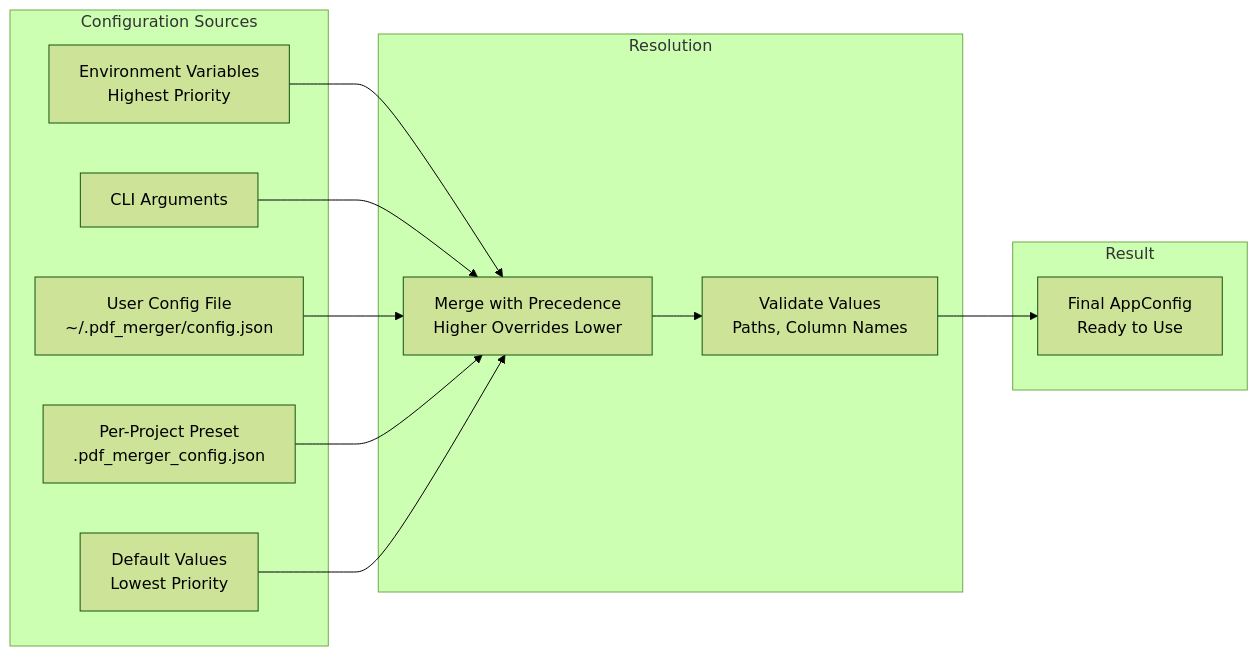
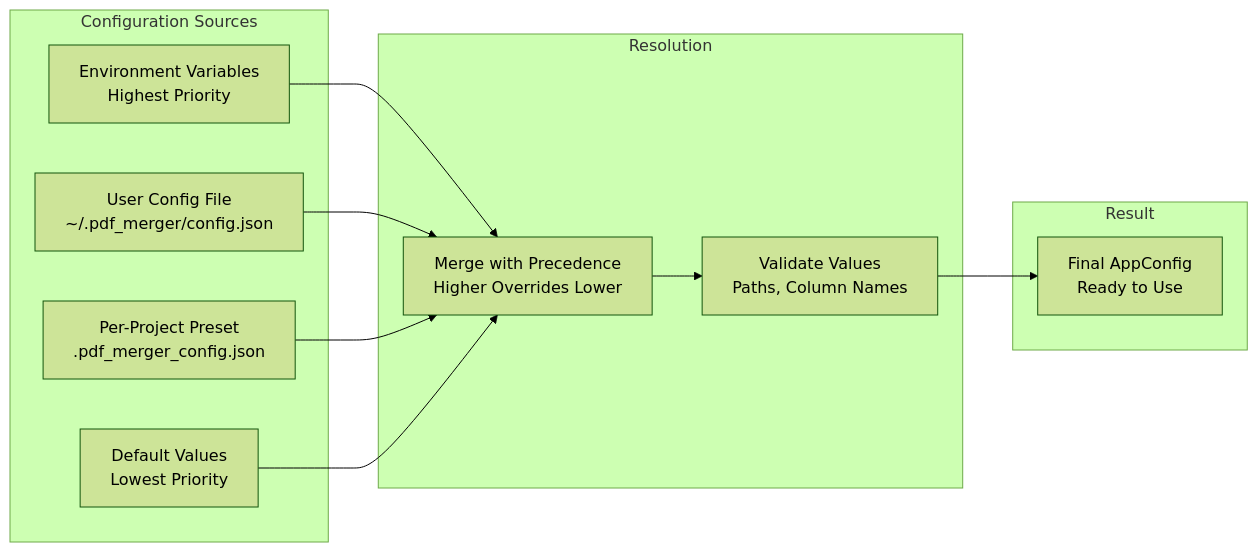
The tenth of 18 diagrams in ARCHITECTURE.md (Yoavsb25/files_unifeder), drawn with Mermaid (forest theme) before and after one commit. The commit also changed other lines of this file and 5 other files, not shown here.

````diff
--- a/ARCHITECTURE.md
+++ b/ARCHITECTURE.md
@@ -690,27 +681,25 @@
 ```mermaid
 graph LR
     subgraph "Configuration Sources"
         Env[Environment Variables<br/>Highest Priority]
-        CLI[CLI Arguments]
         UserConfig[User Config File<br/>~/.pdf_merger/config.json]
         Preset[Per-Project Preset<br/>.pdf_merger_config.json]
         Defaults[Default Values<br/>Lowest Priority]
     end
     
     subgraph "Resolution"
         Merge[Merge with Precedence<br/>Higher Overrides Lower]
         Validate[Validate Values<br/>Paths, Column Names]
     end
     
     subgraph "Result"
         Final[Final AppConfig<br/>Ready to Use]
     end
     
     Env --> Merge
-    CLI --> Merge
     UserConfig --> Merge
     Preset --> Merge
     Defaults --> Merge
     Merge --> Validate
     Validate --> Final
 ```
````
